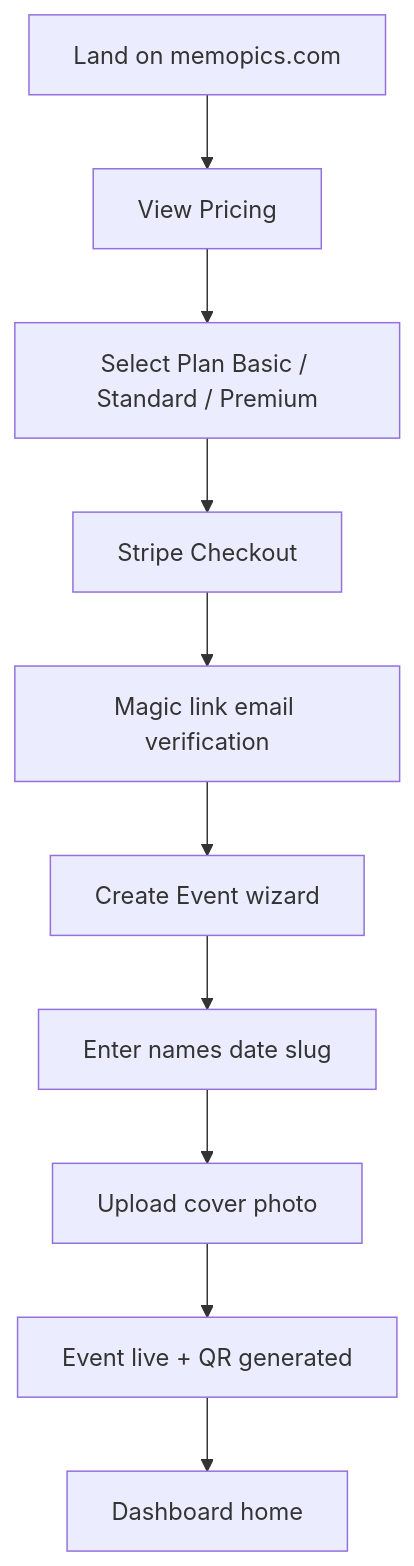
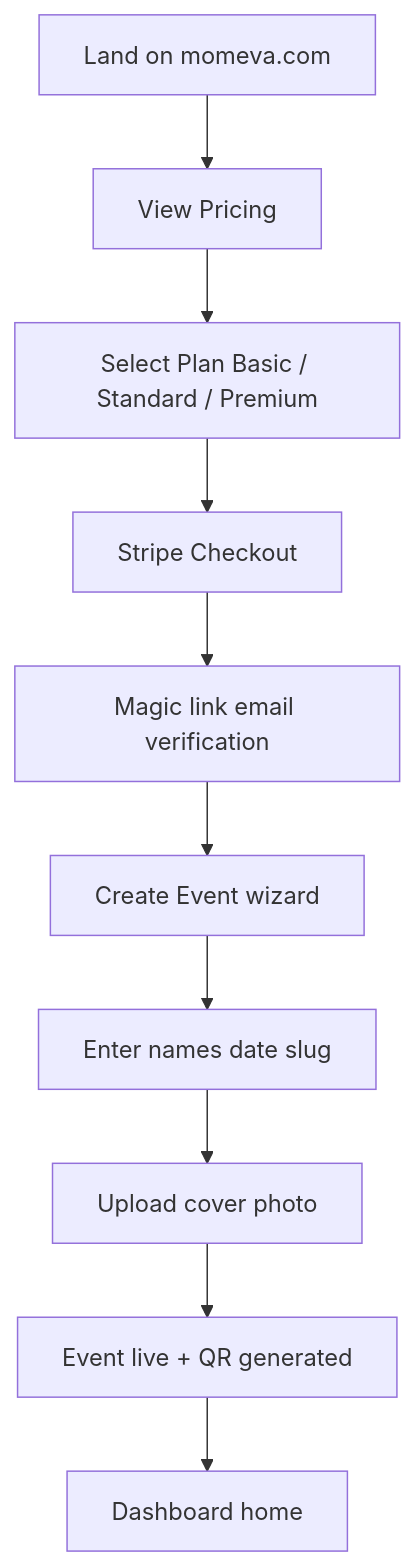
Before and after one commit to DemetrisPart/Memopics: the second of 4 diagrams in docs/STAGE_2_UI_UX_DESIGN.md, drawn with Mermaid. The commit also changed other lines of this file and 85 other files, not shown here.

First line of the commit message:
Rebrand Memopics to Momeva across the monorepo.

````diff
--- a/docs/STAGE_2_UI_UX_DESIGN.md
+++ b/docs/STAGE_2_UI_UX_DESIGN.md
@@ -368,12 +368,12 @@
 ```mermaid
 flowchart TD
-    A[Land on memopics.com] --> B[View Pricing]
+    A[Land on momeva.com] --> B[View Pricing]
     B --> C[Select Plan Basic / Standard / Premium]
     C --> D[Stripe Checkout]
     D --> E[Magic link email verification]
     E --> F[Create Event wizard]
     F --> G[Enter names date slug]
     G --> H[Upload cover photo]
     H --> I[Event live + QR generated]
     I --> J[Dashboard home]
 ```
````
